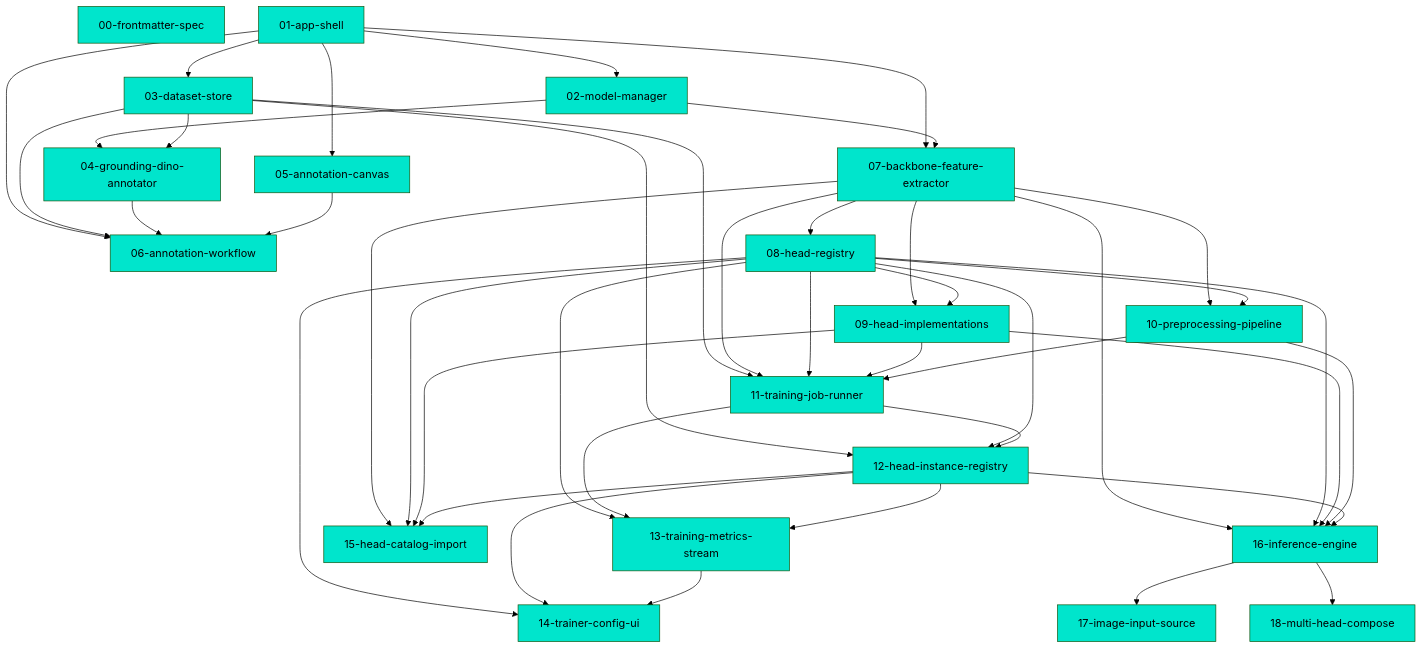
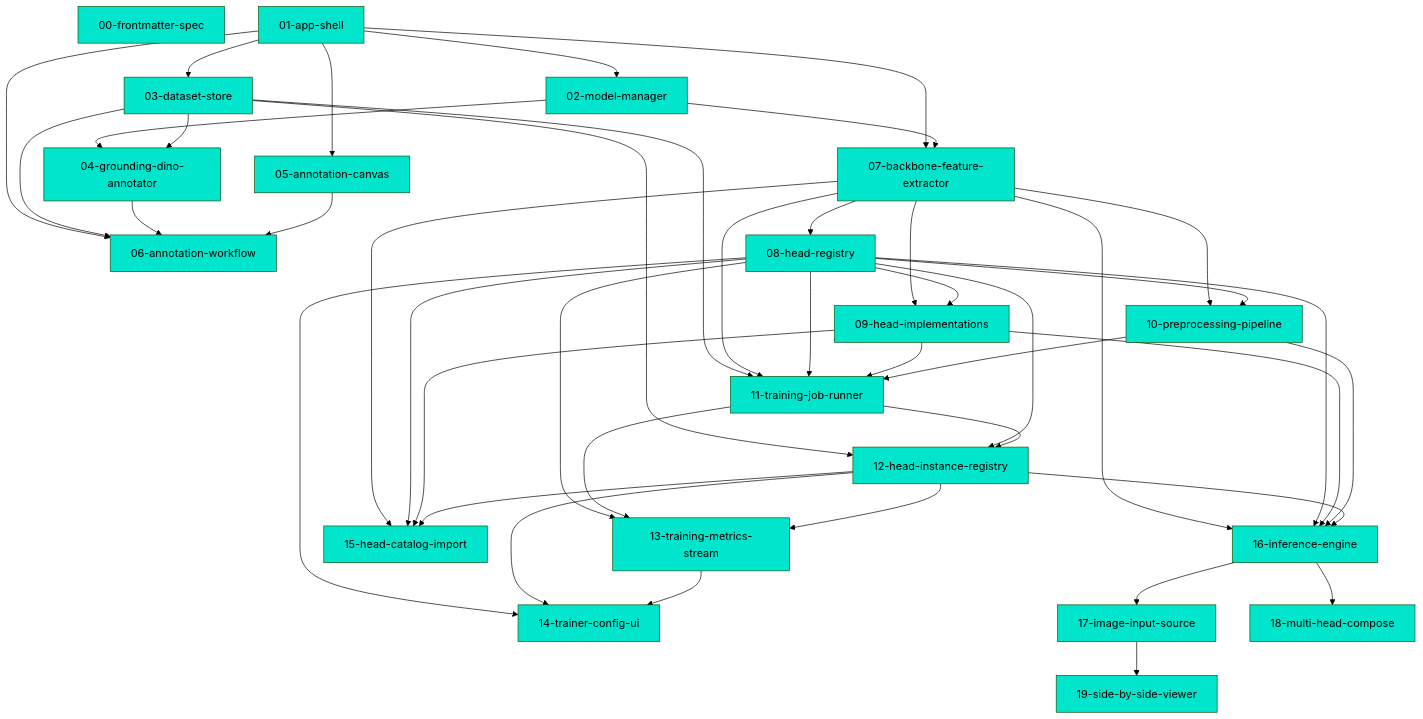
The diagram in .mdd/connections.md (JanderHungrige/DinoTraining), drawn with Mermaid (forest theme) before and after one commit. The commit also changed other lines of this file and 10 other files, not shown here.

First line of the commit message:
feat(side-by-side-viewer): original vs result, one transform

````diff
--- a/.mdd/connections.md
+++ b/.mdd/connections.md
@@ -50,67 +52,69 @@
 ```mermaid
 graph TD
     D00["00-frontmatter-spec"]:::complete
     D01["01-app-shell"]:::complete
     D02["02-model-manager"]:::complete
     D03["03-dataset-store"]:::complete
     D04["04-grounding-dino-annotator"]:::complete
     D05["05-annotation-canvas"]:::complete
     D06["06-annotation-workflow"]:::complete
     D07["07-backbone-feature-extractor"]:::complete
     D08["08-head-registry"]:::complete
     D09["09-head-implementations"]:::complete
     D10["10-preprocessing-pipeline"]:::complete
     D11["11-training-job-runner"]:::complete
     D12["12-head-instance-registry"]:::complete
     D13["13-training-metrics-stream"]:::complete
     D14["14-trainer-config-ui"]:::complete
     D15["15-head-catalog-import"]:::complete
     D16["16-inference-engine"]:::complete
     D17["17-image-input-source"]:::complete
     D18["18-multi-head-compose"]:::complete
+    D19["19-side-by-side-viewer"]:::complete
     D01 --> D02
     D01 --> D03
     D02 --> D04
     D03 --> D04
     D01 --> D05
     D01 --> D06
     D03 --> D06
     D04 --> D06
     D05 --> D06
     D01 --> D07
     D02 --> D07
     D07 --> D08
     D07 --> D09
     D08 --> D09
     D07 --> D10
     D08 --> D10
     D03 --> D11
     D07 --> D11
     D08 --> D11
     D09 --> D11
     D10 --> D11
     D03 --> D12
     D08 --> D12
     D11 --> D12
     D08 --> D13
     D11 --> D13
     D12 --> D13
     D08 --> D14
     D12 --> D14
     D13 --> D14
     D07 --> D15
     D08 --> D15
     D09 --> D15
     D12 --> D15
     D07 --> D16
     D08 --> D16
     D09 --> D16
     D10 --> D16
     D12 --> D16
     D16 --> D17
     D16 --> D18
+    D17 --> D19
     classDef complete fill:#00e5cc,color:#000
     classDef in_progress fill:#ffaa00,color:#000
     classDef draft fill:#888,color:#fff
     classDef deprecated fill:#555,color:#aaa
 ```
````
